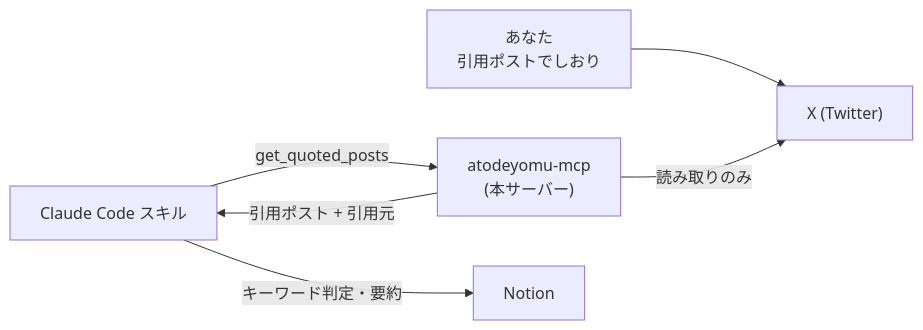
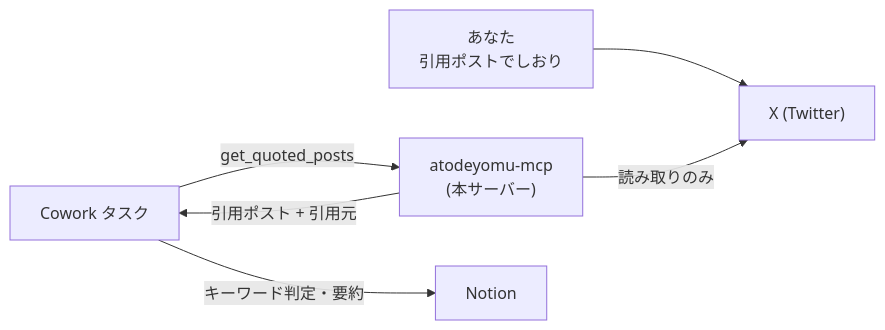
The first of 5 diagrams in docs/SPEC.md (kkk2jp/atodeyomu-mcp), drawn with Mermaid before and after one commit. The commit also changed other lines of this file and 6 other files, not shown here.

Commit message:
docs: update references to Claude Code and Cowork in documentation and prompts

````diff
--- a/docs/SPEC.md
+++ b/docs/SPEC.md
@@ -11,8 +11,8 @@
 ```mermaid
 flowchart LR
     A["あなた<br/>引用ポストでしおり"] --> X["X (Twitter)"]
-    CC["Claude Code スキル"] -->|get_quoted_posts| MCP["atodeyomu-mcp<br/>(本サーバー)"]
+    CC["Cowork タスク"] -->|get_quoted_posts| MCP["atodeyomu-mcp<br/>(本サーバー)"]
     MCP -->|読み取りのみ| X
     MCP -->|引用ポスト + 引用元| CC
     CC -->|キーワード判定・要約| N["Notion"]
 ```
````
